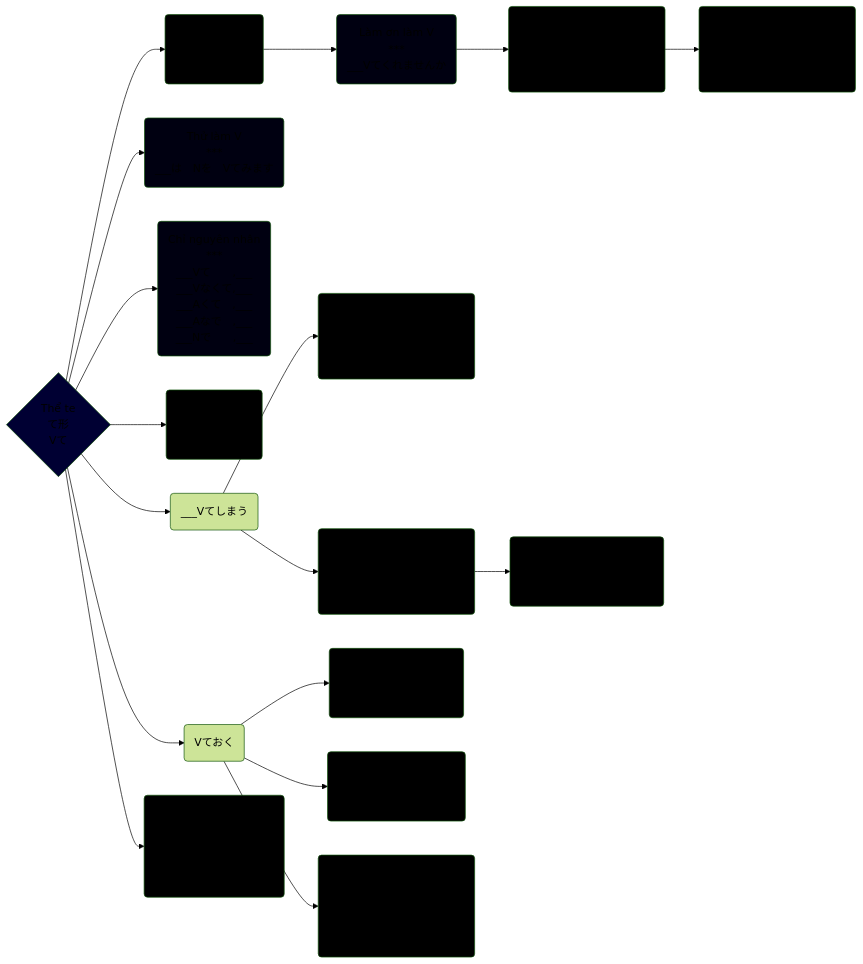
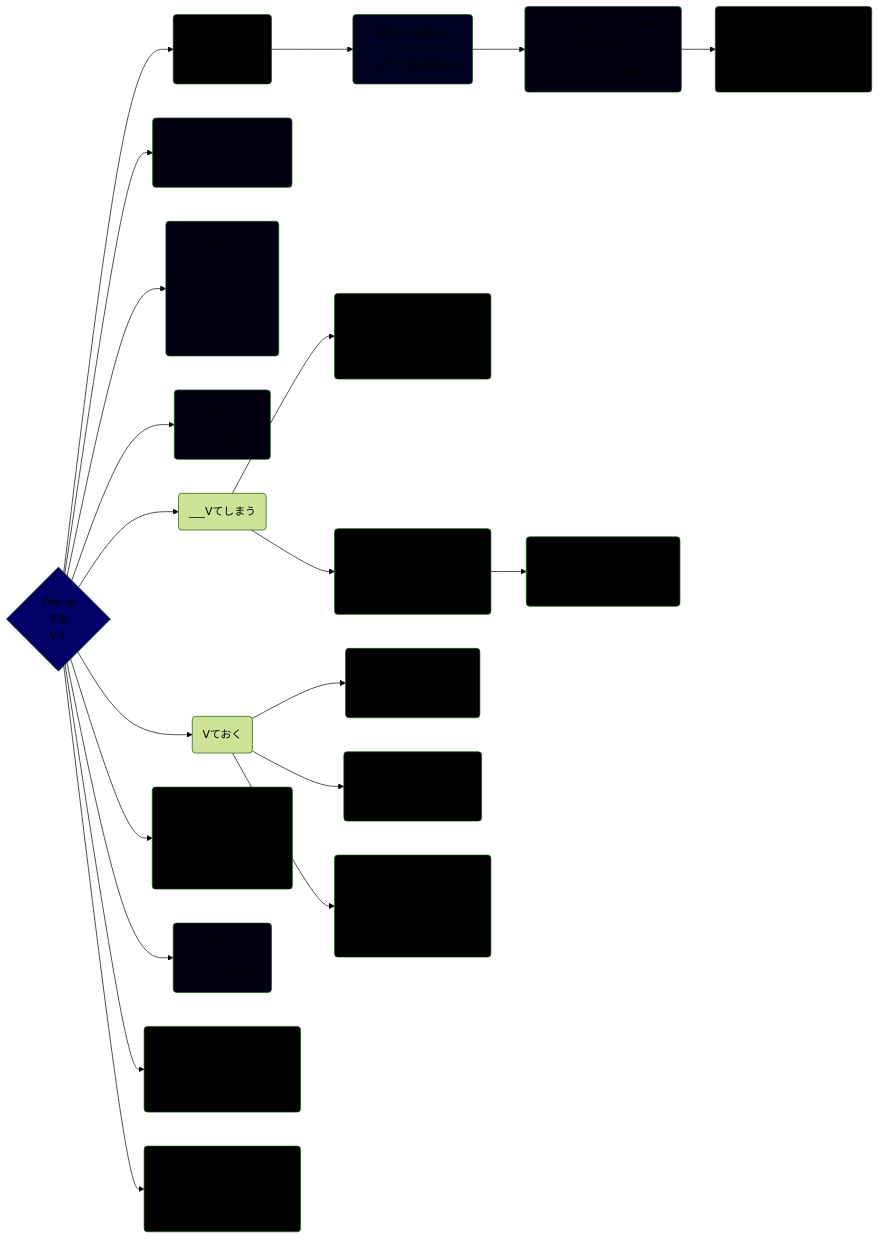
The diagram in The/て形.md (tea1504/learn), drawn with Mermaid (forest theme) before and after one commit. The commit also changed 16 other files, not shown here.

````diff
--- a/The/て形.md
+++ b/The/て形.md
@@ -2,37 +2,43 @@
 ```mermaid
 graph LR;
     V{Thể te\nて形\nVて}
 
     V-->hayLamV(Hãy làm V\n***\n___Vてください)
     hayLamV-->lamOn(Làm ơn làm V\n***\n___Vてくれませんか)
     lamOn-->coThemLamVGiupToiDuocKhong1(Có thể làm V dùm tôi được không\n***\n___Vてくださいませんか)
     coThemLamVGiupToiDuocKhong1-->coThemLamVGiupToiDuocKhong2(Có thể làm V dùm tôi được không\n***\n___Vていただけませんか)
     V-->thuLamV(Thử làm V\n***\n___は　Nを　Vてみます)
     V-->chiNguyenNhan(Chỉ nguyên nhân\n***\n___Vて　　,___\n___Vなくて,___\n___Aくて　,___\n___Aなで　,___\n___Nで　　,___)
     V-->diRoiQuayLai(Đi rồi quay lại\n***\n___Vて来ます)
     V-->simau(___Vてしまう)
     simau-->dinhSeLamXong(Định sẽ làm xong\n***\n___今　Nを　Vてしまいます.)
     simau-->daLamXong(Đã làm xong\n***\n___全部　Nを　Vてしまいました.)
     daLamXong-->daXayRa(Đã xảy ra tiếc\n***\n___Nを　Vてしまいました.)
     V-->oku(Vておく)
     oku-->chuanBiSan(Chuẩn bị sẵn\n***\n__前に___Vておきます.)
     oku-->giaiPhapTamThoi(Giải pháp tạm thời\n***\n__たら,___Vておきます.)
     oku-->giuNguyenDuyTriTrangThai(Giữ nguyên, duy trì trạng thái\n***\n__そのまま,___Vておきます.)
     V-->luc(Lúc\n***\n___Vる　　　ところ,___\n___Vている　ところ,___\n___Vた　　　ところ,___)
+    V-->choToi(Cho tôi\n***\n___Vてくれます)
+    V-->N1DuocN2VGiup(Người 1 được người 2 V giúp\n***\n___Vてもらいます)
+    V-->N1LamVChoN2(Người 1 làm V cho người 2\n***\n___Vてあげます)
 
-    style V fill:#003
+    style V fill:#006
     style chiNguyenNhan fill:#001
+    style choToi fill:#001
     style chuanBiSan fill:#000
-    style coThemLamVGiupToiDuocKhong1 fill:#000
+    style coThemLamVGiupToiDuocKhong1 fill:#001
     style coThemLamVGiupToiDuocKhong2 fill:#000
     style daLamXong fill:#000
     style daXayRa fill:#000
     style dinhSeLamXong fill:#000
-    style diRoiQuayLai fill:#000
+    style diRoiQuayLai fill:#001
     style giaiPhapTamThoi fill:#000
     style giuNguyenDuyTriTrangThai fill:#000
     style hayLamV fill:#000
-    style lamOn fill:#001
+    style lamOn fill:#002
+    style luc fill:#000
+    style N1DuocN2VGiup fill:#000
+    style N1LamVChoN2 fill:#000
     style thuLamV fill:#001
-    style luc fill:#000
 ```
````
